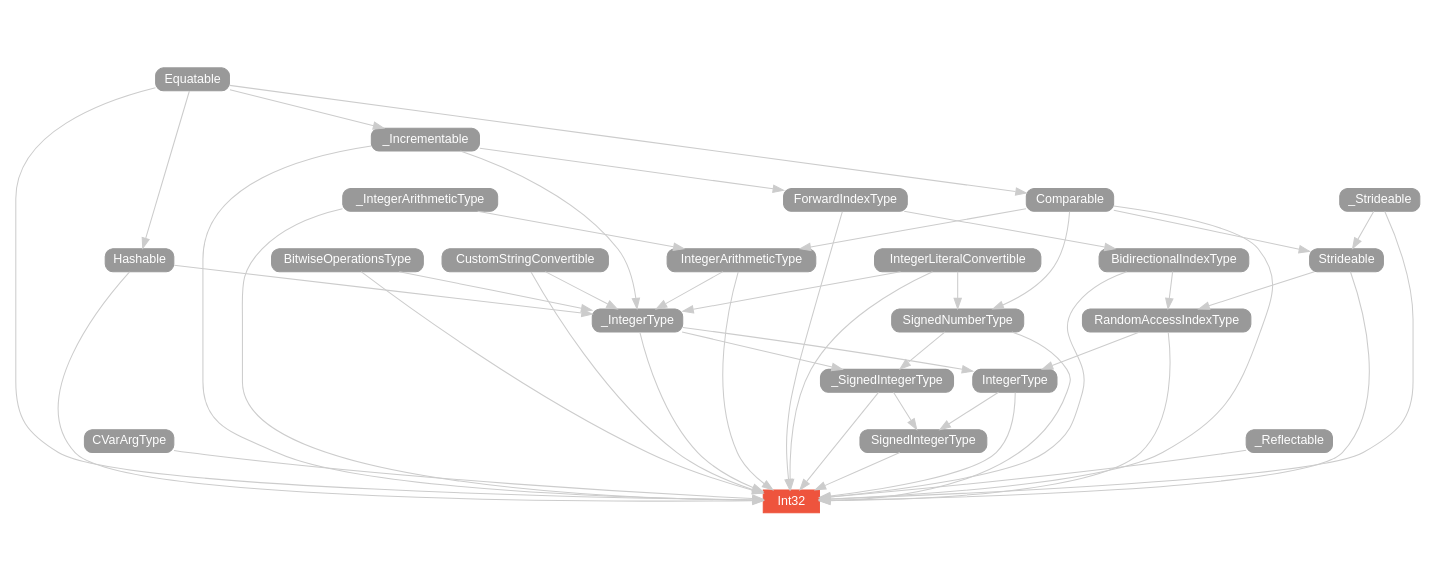
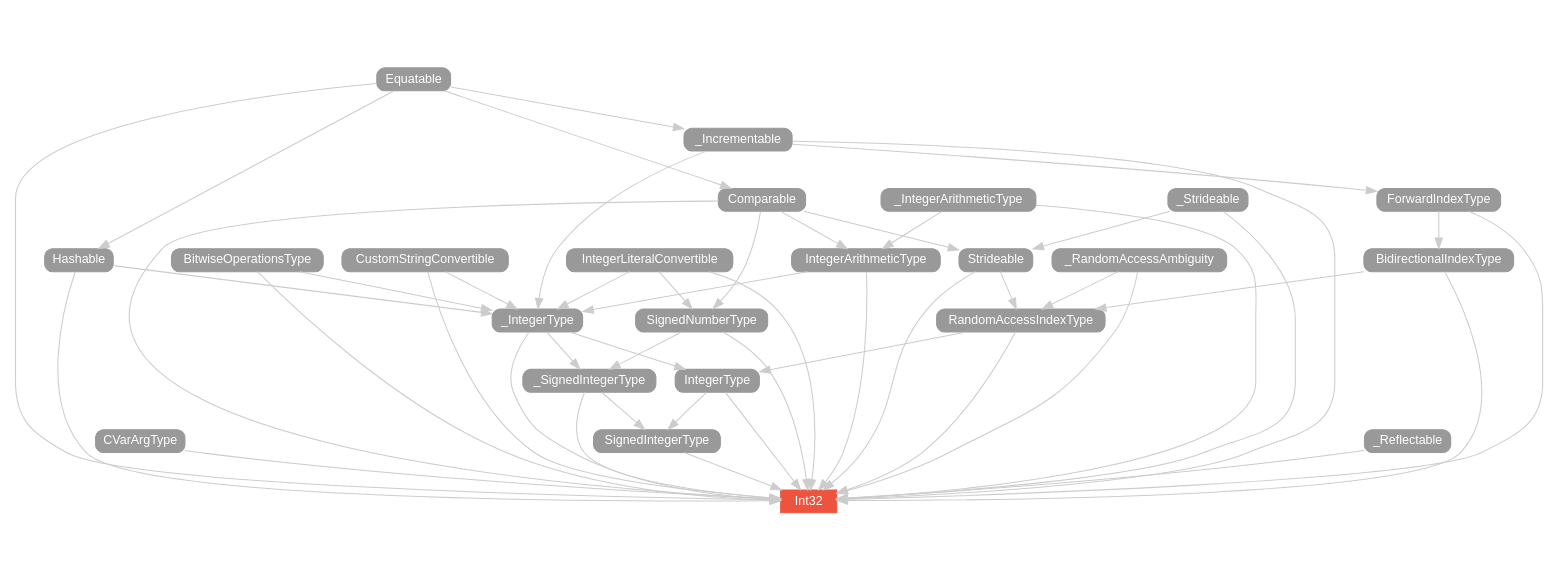
One commit to SwiftDoc/SwiftDoc.github.io changed the diagram in swift-2/type/Int32/hierarchy/index.dot. Above: the diagram before and after it, drawn with Graphviz. The commit also changed 1189 other files, not shown here.

```diff
--- a/swift-2/type/Int32/hierarchy/index.dot
+++ b/swift-2/type/Int32/hierarchy/index.dot
@@ -1,162 +1,167 @@
 strict digraph "Int32 - Type Hierarchy - SwiftDoc.org" {
     pad="0.1,0.8"
     node [shape=box, style="filled,rounded", color="#999999", fillcolor="#999999", fontcolor=white, fontname=Helvetica, fontnames="Helvetica,sansserif", fontsize=12, margin="0.07,0.05", height="0.3"]
     edge [color="#cccccc"]
     "BidirectionalIndexType" [URL="/protocol/BidirectionalIndexType/"]
     "BitwiseOperationsType" [URL="/protocol/BitwiseOperationsType/"]
     "CVarArgType" [URL="/protocol/CVarArgType/"]
     "Comparable" [URL="/protocol/Comparable/"]
     "CustomStringConvertible" [URL="/protocol/CustomStringConvertible/"]
     "Equatable" [URL="/protocol/Equatable/"]
     "ForwardIndexType" [URL="/protocol/ForwardIndexType/"]
     "Hashable" [URL="/protocol/Hashable/"]
     "Int32" [URL="/type/Int32/", style="filled", fillcolor="#ee543d", color="#ee543d"]
     "IntegerArithmeticType" [URL="/protocol/IntegerArithmeticType/"]
     "IntegerLiteralConvertible" [URL="/protocol/IntegerLiteralConvertible/"]
     "IntegerType" [URL="/protocol/IntegerType/"]
     "RandomAccessIndexType" [URL="/protocol/RandomAccessIndexType/"]
     "SignedIntegerType" [URL="/protocol/SignedIntegerType/"]
     "SignedNumberType" [URL="/protocol/SignedNumberType/"]
     "Strideable" [URL="/protocol/Strideable/"]
     "_Incrementable" [URL="/protocol/_Incrementable/"]
     "_IntegerArithmeticType" [URL="/protocol/_IntegerArithmeticType/"]
     "_IntegerType" [URL="/protocol/_IntegerType/"]
+    "_RandomAccessAmbiguity" [URL="/protocol/_RandomAccessAmbiguity/"]
     "_Reflectable" [URL="/protocol/_Reflectable/"]
     "_SignedIntegerType" [URL="/protocol/_SignedIntegerType/"]
     "_Strideable" [URL="/protocol/_Strideable/"]    "_IntegerArithmeticType" -> "Int32"
     "Comparable" -> "Int32"
     "Equatable" -> "Int32"
     "_SignedIntegerType" -> "Int32"
     "_IntegerType" -> "Int32"
     "IntegerArithmeticType" -> "Int32"
     "IntegerType" -> "Int32"
     "SignedIntegerType" -> "Int32"
     "Hashable" -> "Int32"
     "CustomStringConvertible" -> "Int32"
     "_Incrementable" -> "Int32"
     "RandomAccessIndexType" -> "Int32"
     "BidirectionalIndexType" -> "Int32"
     "ForwardIndexType" -> "Int32"
     "Strideable" -> "Int32"
     "_Strideable" -> "Int32"
+    "_RandomAccessAmbiguity" -> "Int32"
     "SignedNumberType" -> "Int32"
     "IntegerLiteralConvertible" -> "Int32"
     "BitwiseOperationsType" -> "Int32"
     "_Reflectable" -> "Int32"
     "CVarArgType" -> "Int32"
     "Equatable" -> "Comparable"
     "_IntegerType" -> "_SignedIntegerType"
     "SignedNumberType" -> "_SignedIntegerType"
     "IntegerLiteralConvertible" -> "_IntegerType"
     "CustomStringConvertible" -> "_IntegerType"
     "Hashable" -> "_IntegerType"
     "IntegerArithmeticType" -> "_IntegerType"
     "BitwiseOperationsType" -> "_IntegerType"
     "_Incrementable" -> "_IntegerType"
     "Equatable" -> "Hashable"
     "_IntegerArithmeticType" -> "IntegerArithmeticType"
     "Comparable" -> "IntegerArithmeticType"
     "Equatable" -> "Comparable"
     "Equatable" -> "_Incrementable"
     "Comparable" -> "SignedNumberType"
     "IntegerLiteralConvertible" -> "SignedNumberType"
     "Equatable" -> "Comparable"
     "IntegerLiteralConvertible" -> "_IntegerType"
     "CustomStringConvertible" -> "_IntegerType"
     "Hashable" -> "_IntegerType"
     "IntegerArithmeticType" -> "_IntegerType"
     "BitwiseOperationsType" -> "_IntegerType"
     "_Incrementable" -> "_IntegerType"
     "Equatable" -> "Hashable"
     "_IntegerArithmeticType" -> "IntegerArithmeticType"
     "Comparable" -> "IntegerArithmeticType"
     "Equatable" -> "Comparable"
     "Equatable" -> "_Incrementable"
     "_IntegerArithmeticType" -> "IntegerArithmeticType"
     "Comparable" -> "IntegerArithmeticType"
     "Equatable" -> "Comparable"
     "_IntegerType" -> "IntegerType"
     "RandomAccessIndexType" -> "IntegerType"
     "IntegerLiteralConvertible" -> "_IntegerType"
     "CustomStringConvertible" -> "_IntegerType"
     "Hashable" -> "_IntegerType"
     "IntegerArithmeticType" -> "_IntegerType"
     "BitwiseOperationsType" -> "_IntegerType"
     "_Incrementable" -> "_IntegerType"
     "Equatable" -> "Hashable"
     "_IntegerArithmeticType" -> "IntegerArithmeticType"
     "Comparable" -> "IntegerArithmeticType"
     "Equatable" -> "Comparable"
     "Equatable" -> "_Incrementable"
     "BidirectionalIndexType" -> "RandomAccessIndexType"
     "Strideable" -> "RandomAccessIndexType"
+    "_RandomAccessAmbiguity" -> "RandomAccessIndexType"
     "ForwardIndexType" -> "BidirectionalIndexType"
     "_Incrementable" -> "ForwardIndexType"
     "Equatable" -> "_Incrementable"
     "Comparable" -> "Strideable"
     "_Strideable" -> "Strideable"
     "Equatable" -> "Comparable"
     "_SignedIntegerType" -> "SignedIntegerType"
     "IntegerType" -> "SignedIntegerType"
     "_IntegerType" -> "_SignedIntegerType"
     "SignedNumberType" -> "_SignedIntegerType"
     "IntegerLiteralConvertible" -> "_IntegerType"
     "CustomStringConvertible" -> "_IntegerType"
     "Hashable" -> "_IntegerType"
     "IntegerArithmeticType" -> "_IntegerType"
     "BitwiseOperationsType" -> "_IntegerType"
     "_Incrementable" -> "_IntegerType"
     "Equatable" -> "Hashable"
     "_IntegerArithmeticType" -> "IntegerArithmeticType"
     "Comparable" -> "IntegerArithmeticType"
     "Equatable" -> "Comparable"
     "Equatable" -> "_Incrementable"
     "Comparable" -> "SignedNumberType"
     "IntegerLiteralConvertible" -> "SignedNumberType"
     "Equatable" -> "Comparable"
     "_IntegerType" -> "IntegerType"
     "RandomAccessIndexType" -> "IntegerType"
     "IntegerLiteralConvertible" -> "_IntegerType"
     "CustomStringConvertible" -> "_IntegerType"
     "Hashable" -> "_IntegerType"
     "IntegerArithmeticType" -> "_IntegerType"
     "BitwiseOperationsType" -> "_IntegerType"
     "_Incrementable" -> "_IntegerType"
     "Equatable" -> "Hashable"
     "_IntegerArithmeticType" -> "IntegerArithmeticType"
     "Comparable" -> "IntegerArithmeticType"
     "Equatable" -> "Comparable"
     "Equatable" -> "_Incrementable"
     "BidirectionalIndexType" -> "RandomAccessIndexType"
     "Strideable" -> "RandomAccessIndexType"
+    "_RandomAccessAmbiguity" -> "RandomAccessIndexType"
     "ForwardIndexType" -> "BidirectionalIndexType"
     "_Incrementable" -> "ForwardIndexType"
     "Equatable" -> "_Incrementable"
     "Comparable" -> "Strideable"
     "_Strideable" -> "Strideable"
     "Equatable" -> "Comparable"
     "Equatable" -> "Hashable"
     "Equatable" -> "_Incrementable"
     "BidirectionalIndexType" -> "RandomAccessIndexType"
     "Strideable" -> "RandomAccessIndexType"
+    "_RandomAccessAmbiguity" -> "RandomAccessIndexType"
     "ForwardIndexType" -> "BidirectionalIndexType"
     "_Incrementable" -> "ForwardIndexType"
     "Equatable" -> "_Incrementable"
     "Comparable" -> "Strideable"
     "_Strideable" -> "Strideable"
     "Equatable" -> "Comparable"
     "ForwardIndexType" -> "BidirectionalIndexType"
     "_Incrementable" -> "ForwardIndexType"
     "Equatable" -> "_Incrementable"
     "_Incrementable" -> "ForwardIndexType"
     "Equatable" -> "_Incrementable"
     "Comparable" -> "Strideable"
     "_Strideable" -> "Strideable"
     "Equatable" -> "Comparable"
     "Comparable" -> "SignedNumberType"
     "IntegerLiteralConvertible" -> "SignedNumberType"
     "Equatable" -> "Comparable"
     subgraph Types {
         rank = max; "Int32";
     }
 }
```
